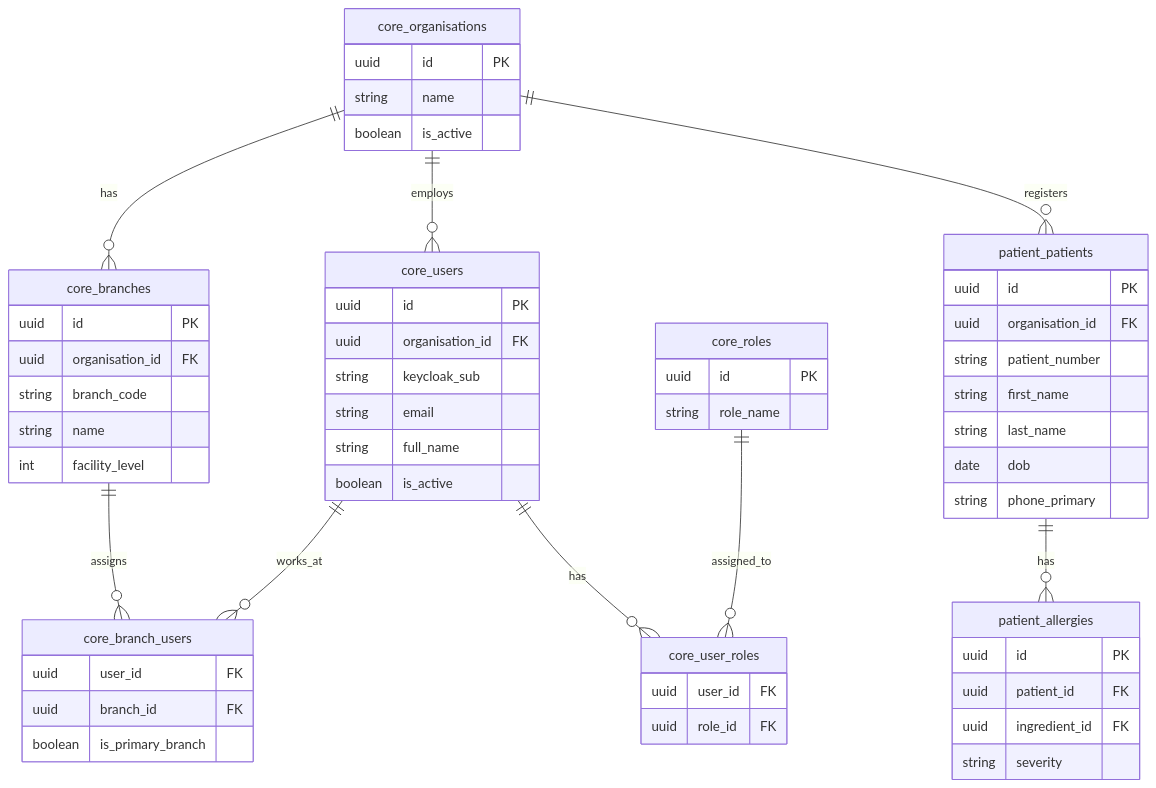
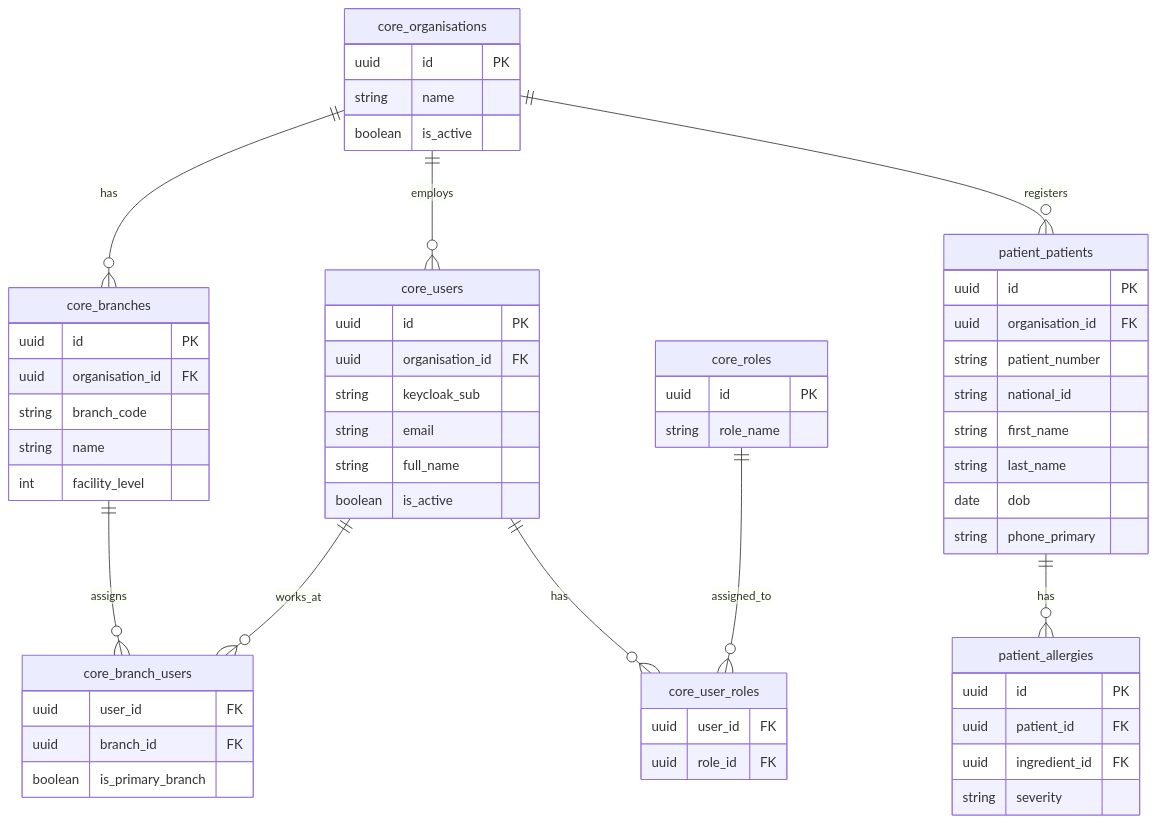
One commit to kray-taro/Pzure changed the first of 6 diagrams in DOCS/Unified_ERD.md. Above: the diagram before and after it, drawn with Mermaid.

Commit message:
docs(erd): add patient_patients.national_id to reconcile with ADR-003 (#55)
ADR-003 designates patient.national_id for field-level encryption, but the
Unified_ERD patient_patients table had no national_id column - an ADR<->ERD
contradiction surfaced reviewing !12. A Kenyan health platform captures
national ID, so the column belongs in the ERD. Adding it makes ADR-003, the
ERD, and the @pzure/security PII registry agree.

Refs #55.

````diff
--- a/DOCS/Unified_ERD.md
+++ b/DOCS/Unified_ERD.md
@@ -7,60 +7,61 @@
 ```mermaid
 erDiagram
     core_organisations {
         uuid id PK
         string name
         boolean is_active
     }
     core_branches {
         uuid id PK
         uuid organisation_id FK
         string branch_code
         string name
         int facility_level
     }
     core_users {
         uuid id PK
         uuid organisation_id FK
         string keycloak_sub
         string email
         string full_name
         boolean is_active
     }
     core_roles {
         uuid id PK
         string role_name
     }
     core_user_roles {
         uuid user_id FK
         uuid role_id FK
     }
     core_branch_users {
         uuid user_id FK
         uuid branch_id FK
         boolean is_primary_branch
     }
     patient_patients {
         uuid id PK
         uuid organisation_id FK
         string patient_number
+        string national_id
         string first_name
         string last_name
         date dob
         string phone_primary
     }
     patient_allergies {
         uuid id PK
         uuid patient_id FK
         uuid ingredient_id FK
         string severity
     }
 
     core_organisations ||--o{ core_branches : "has"
     core_organisations ||--o{ core_users : "employs"
     core_organisations ||--o{ patient_patients : "registers"
     core_branches ||--o{ core_branch_users : "assigns"
     core_users ||--o{ core_branch_users : "works_at"
     core_users ||--o{ core_user_roles : "has"
     core_roles ||--o{ core_user_roles : "assigned_to"
     patient_patients ||--o{ patient_allergies : "has"
 ```
````
